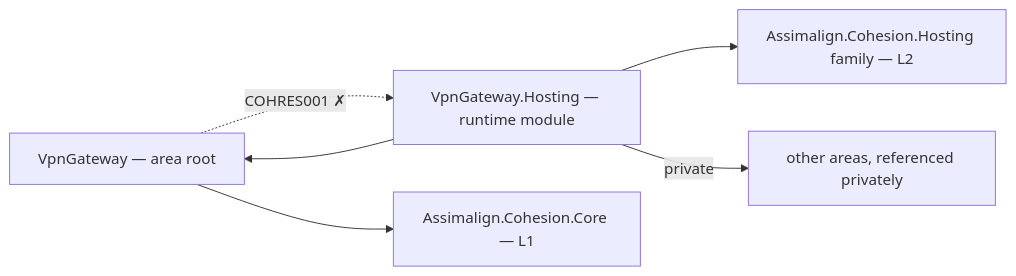
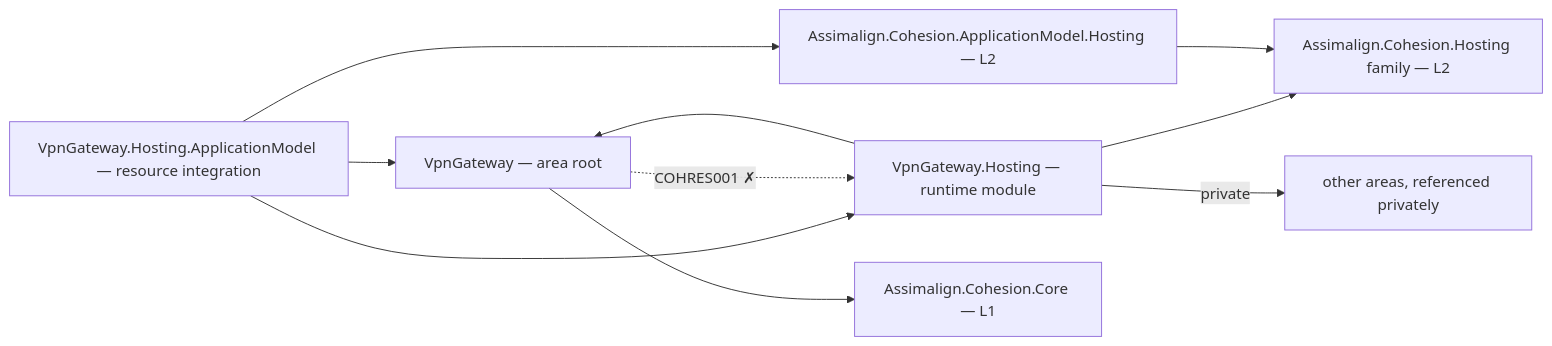
One commit to assimalign/cohesion changed the diagram in resources/VpnGateway/README.md. Above: the diagram before and after it, drawn with Mermaid. The commit also changed other lines of this file and 454 other files, not shown here.

First line of the commit message:
feat(resources): give every resource area a Hosting.ApplicationModel integration

````diff
--- a/resources/VpnGateway/README.md
+++ b/resources/VpnGateway/README.md
@@ -12,13 +12,19 @@
 ```mermaid
 flowchart LR
     P0["VpnGateway — area root"]
     P2["VpnGateway.Hosting — runtime module"]
+    PAM["VpnGateway.Hosting.ApplicationModel — resource integration"]
+    AMH["Assimalign.Cohesion.ApplicationModel.Hosting — L2"]
     CORE["Assimalign.Cohesion.Core — L1"]
     HOSTFAM["Assimalign.Cohesion.Hosting family — L2"]
     PRIV["other areas, referenced privately"]
     P0 --> CORE
     P2 --> HOSTFAM
     P2 --> P0
     P2 -->|"private"| PRIV
+    PAM --> P2
+    PAM --> P0
+    PAM --> AMH
+    AMH --> HOSTFAM
     P0 -.->|"COHRES001 ✗"| P2
 ```
````
